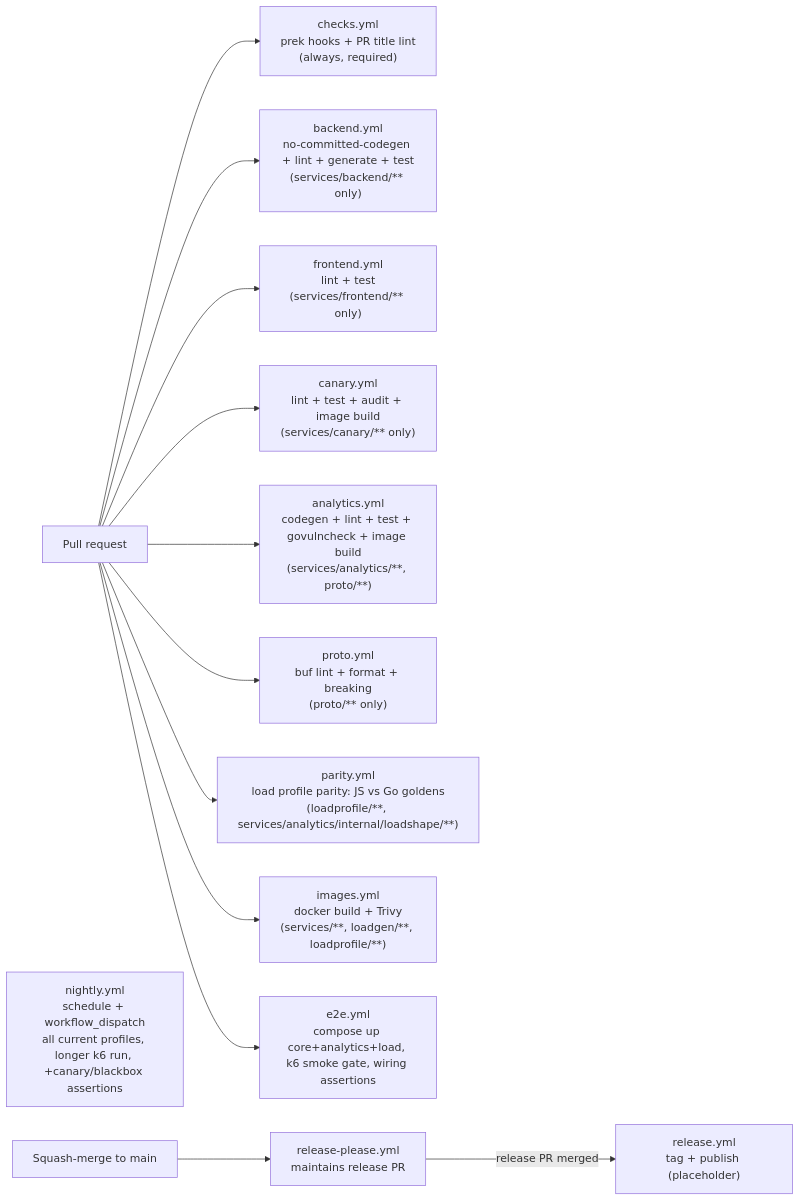
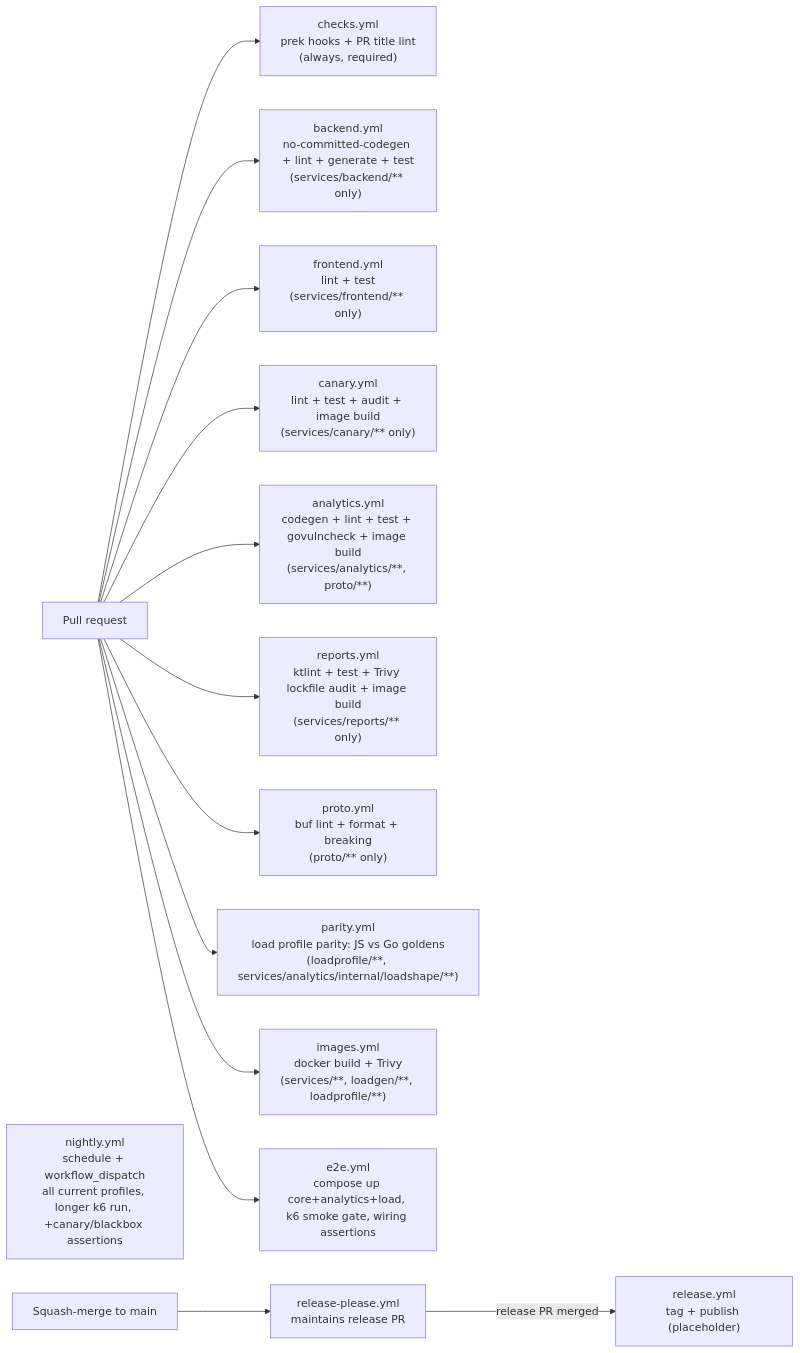
One commit to vovinacci/devops-demo changed the diagram in docs/ci.md. Above: the diagram before and after it, drawn with Mermaid. The commit also changed other lines of this file and 33 other files, not shown here.

````diff
--- a/docs/ci.md
+++ b/docs/ci.md
@@ -12,15 +12,16 @@
 ```mermaid
 flowchart LR
     pr[Pull request] --> checks["checks.yml<br/>prek hooks + PR title lint<br/>(always, required)"]
     pr --> be["backend.yml<br/>no-committed-codegen + lint + generate + test<br/>(services/backend/** only)"]
     pr --> fe["frontend.yml<br/>lint + test<br/>(services/frontend/** only)"]
     pr --> ca["canary.yml<br/>lint + test + audit + image build<br/>(services/canary/** only)"]
     pr --> an["analytics.yml<br/>codegen + lint + test + govulncheck + image build<br/>(services/analytics/**, proto/**)"]
+    pr --> rep["reports.yml<br/>ktlint + test + Trivy lockfile audit + image build<br/>(services/reports/** only)"]
     pr --> proto["proto.yml<br/>buf lint + format + breaking<br/>(proto/** only)"]
     pr --> par["parity.yml<br/>load profile parity: JS vs Go goldens<br/>(loadprofile/**, services/analytics/internal/loadshape/**)"]
     pr --> img["images.yml<br/>docker build + Trivy<br/>(services/**, loadgen/**, loadprofile/**)"]
     pr --> e2e["e2e.yml<br/>compose up core+analytics+load, k6 smoke gate, wiring assertions"]
     night["nightly.yml<br/>schedule + workflow_dispatch<br/>all current profiles, longer k6 run, +canary/blackbox assertions"]
     merge[Squash-merge to main] --> rp["release-please.yml<br/>maintains release PR"]
     rp -->|release PR merged| rel["release.yml<br/>tag + publish (placeholder)"]
 ```
````
